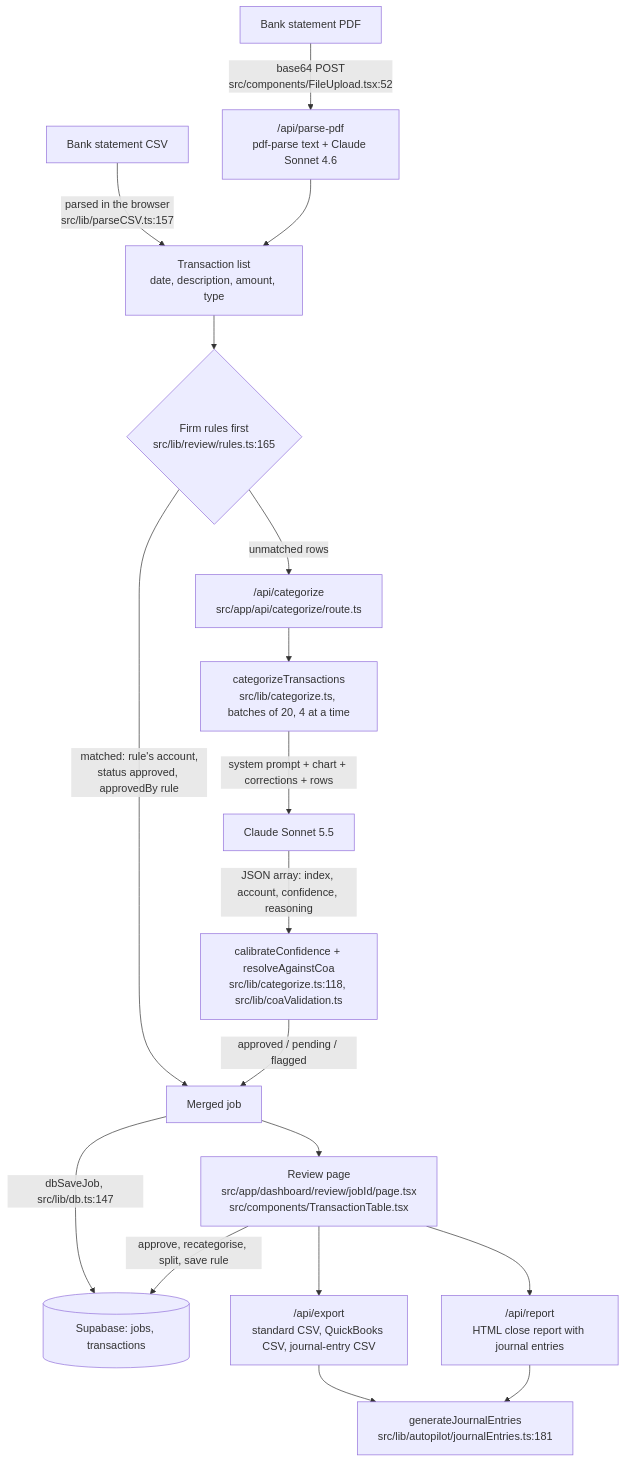
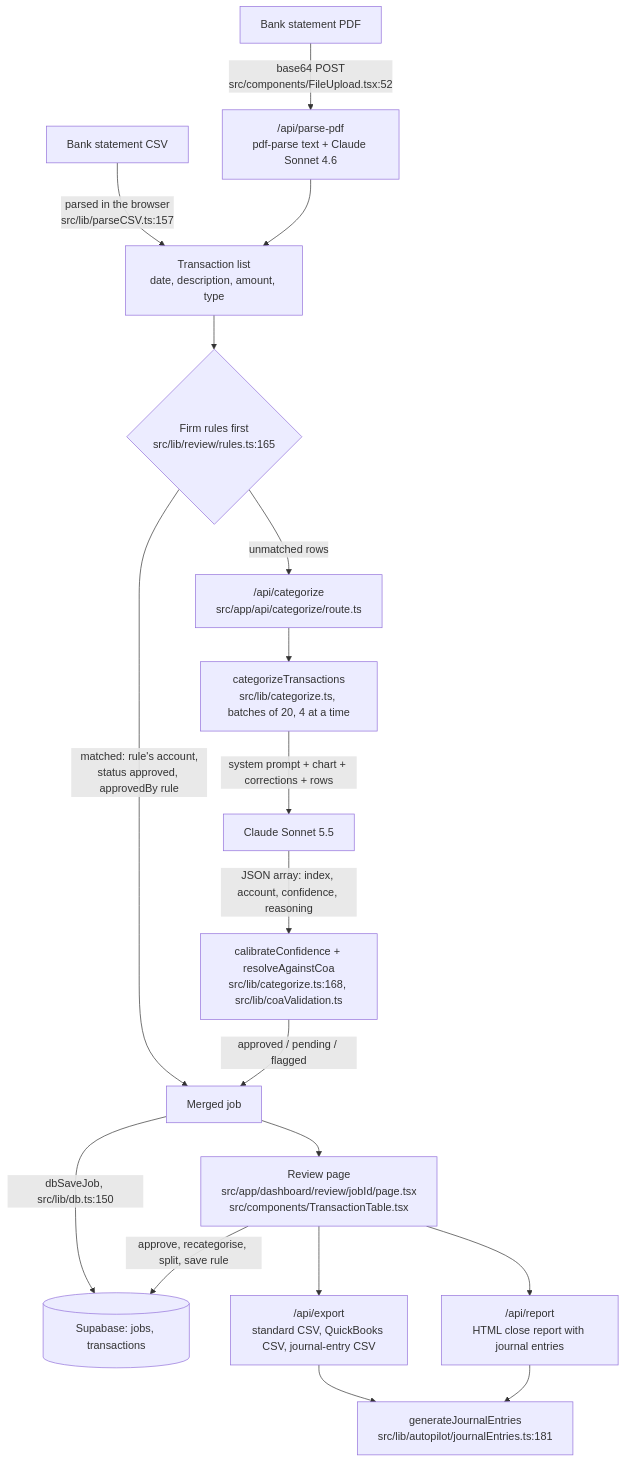
One commit to dudailia/closebooks-app changed the diagram in docs/architecture.md. Above: the diagram before and after it, drawn with Mermaid. The commit also changed other lines of this file and 11 other files, not shown here.

````diff
--- a/docs/architecture.md
+++ b/docs/architecture.md
@@ -20,20 +20,20 @@
 ```mermaid
 flowchart TD
   A[Bank statement CSV] -->|parsed in the browser<br/>src/lib/parseCSV.ts:157| C[Transaction list<br/>date, description, amount, type]
   B[Bank statement PDF] -->|base64 POST<br/>src/components/FileUpload.tsx:52| P["/api/parse-pdf<br/>pdf-parse text + Claude Sonnet 4.6"]
   P --> C
   C --> R{Firm rules first<br/>src/lib/review/rules.ts:165}
   R -->|matched: rule's account,<br/>status approved, approvedBy rule| M[Merged job]
   R -->|unmatched rows| API["/api/categorize<br/>src/app/api/categorize/route.ts"]
   API --> E["categorizeTransactions<br/>src/lib/categorize.ts, batches of 20, 4 at a time"]
   E -->|system prompt + chart + corrections + rows| CL[Claude Sonnet 5.5]
-  CL -->|JSON array: index, account, confidence, reasoning| V["calibrateConfidence + resolveAgainstCoa<br/>src/lib/categorize.ts:118, src/lib/coaValidation.ts"]
+  CL -->|JSON array: index, account, confidence, reasoning| V["calibrateConfidence + resolveAgainstCoa<br/>src/lib/categorize.ts:168, src/lib/coaValidation.ts"]
   V -->|approved / pending / flagged| M
-  M -->|dbSaveJob, src/lib/db.ts:147| S[(Supabase: jobs, transactions)]
+  M -->|dbSaveJob, src/lib/db.ts:150| S[(Supabase: jobs, transactions)]
   M --> RV[Review page<br/>src/app/dashboard/review/jobId/page.tsx<br/>src/components/TransactionTable.tsx]
   RV -->|approve, recategorise, split, save rule| S
   RV --> X["/api/export<br/>standard CSV, QuickBooks CSV, journal-entry CSV"]
   X --> JE["generateJournalEntries<br/>src/lib/autopilot/journalEntries.ts:181"]
   RV --> REP["/api/report<br/>HTML close report with journal entries"]
   REP --> JE
 ```
````
